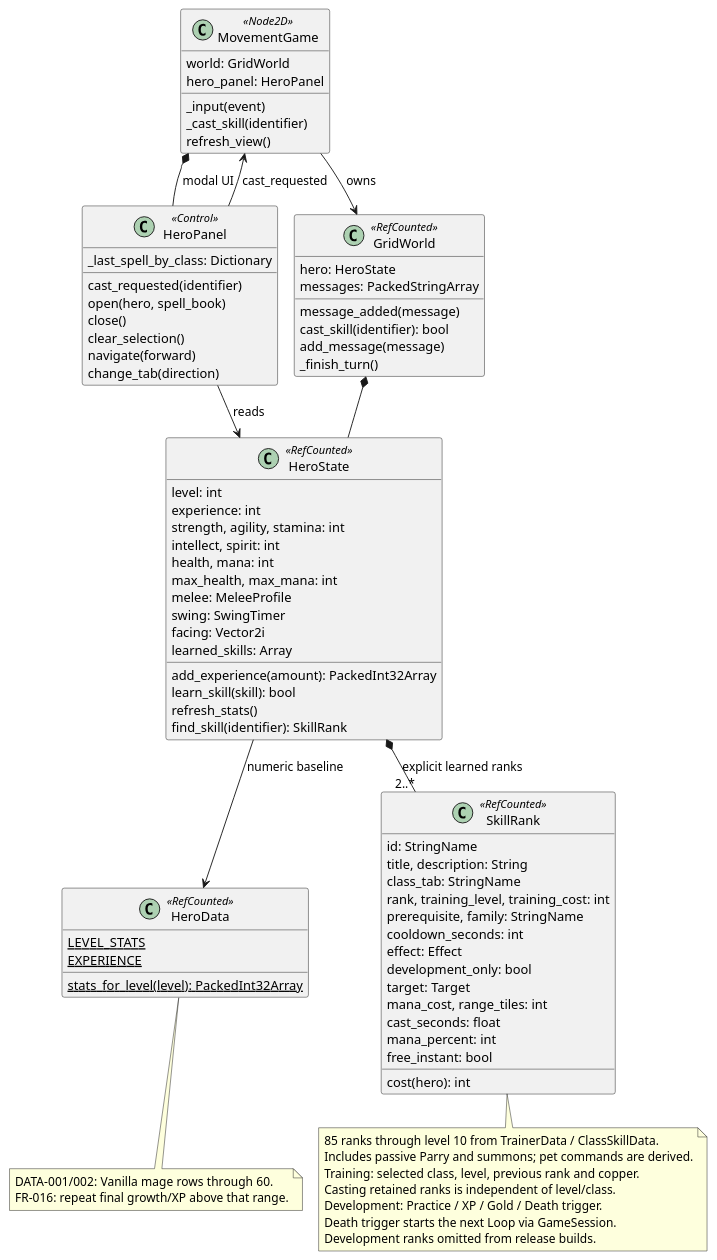
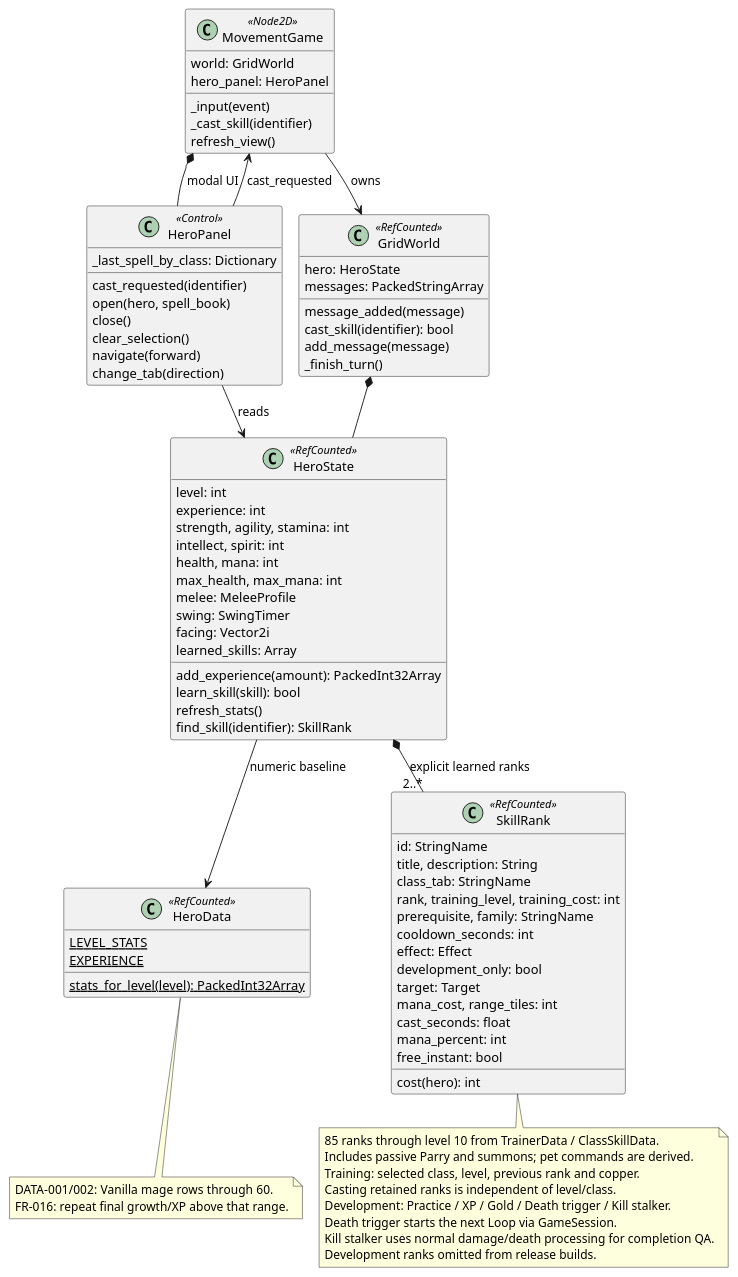
The diagram in docs/architecture/classes/hero.puml (VHonzik/Ostinato), drawn with PlantUML before and after one commit. The commit also changed 25 other files, not shown here.

```diff
--- a/docs/architecture/classes/hero.puml
+++ b/docs/architecture/classes/hero.puml
@@ -1,89 +1,90 @@
 @startuml
 !pragma layout smetana
 skinparam shadowing false
 skinparam classAttributeIconSize 0
 hide empty members
 
 class MovementGame <<Node2D>> {
   world: GridWorld
   hero_panel: HeroPanel
   _input(event)
   _cast_skill(identifier)
   refresh_view()
 }
 class HeroPanel <<Control>> {
   cast_requested(identifier)
   _last_spell_by_class: Dictionary
   open(hero, spell_book)
   close()
   clear_selection()
   navigate(forward)
   change_tab(direction)
 }
 class GridWorld <<RefCounted>> {
   hero: HeroState
   messages: PackedStringArray
   message_added(message)
   cast_skill(identifier): bool
   add_message(message)
   _finish_turn()
 }
 class HeroState <<RefCounted>> {
   level: int
   experience: int
   strength, agility, stamina: int
   intellect, spirit: int
   health, mana: int
   max_health, max_mana: int
   melee: MeleeProfile
   swing: SwingTimer
   facing: Vector2i
   learned_skills: Array
   add_experience(amount): PackedInt32Array
   learn_skill(skill): bool
   refresh_stats()
   find_skill(identifier): SkillRank
 }
 class HeroData <<RefCounted>> {
   {static} LEVEL_STATS
   {static} EXPERIENCE
   {static} stats_for_level(level): PackedInt32Array
 }
 class SkillRank <<RefCounted>> {
   id: StringName
   title, description: String
   class_tab: StringName
   rank, training_level, training_cost: int
   prerequisite, family: StringName
   cooldown_seconds: int
   effect: Effect
   development_only: bool
   target: Target
   mana_cost, range_tiles: int
   cast_seconds: float
   mana_percent: int
   free_instant: bool
   cost(hero): int
 }
 MovementGame --> GridWorld : owns
 MovementGame *-- HeroPanel : modal UI
 HeroPanel --> HeroState : reads
 HeroPanel --> MovementGame : cast_requested
 GridWorld *-- HeroState
 HeroState --> HeroData : numeric baseline
 HeroState *-- "2..*" SkillRank : explicit learned ranks
 
 note bottom of HeroData
 DATA-001/002: Vanilla mage rows through 60.
 FR-016: repeat final growth/XP above that range.
 end note
 note bottom of SkillRank
 85 ranks through level 10 from TrainerData / ClassSkillData.
 Includes passive Parry and summons; pet commands are derived.
 Training: selected class, level, previous rank and copper.
 Casting retained ranks is independent of level/class.
-Development: Practice / XP / Gold / Death trigger.
+Development: Practice / XP / Gold / Death trigger / Kill stalker.
 Death trigger starts the next Loop via GameSession.
+Kill stalker uses normal damage/death processing for completion QA.
 Development ranks omitted from release builds.
 end note
 @enduml
```
